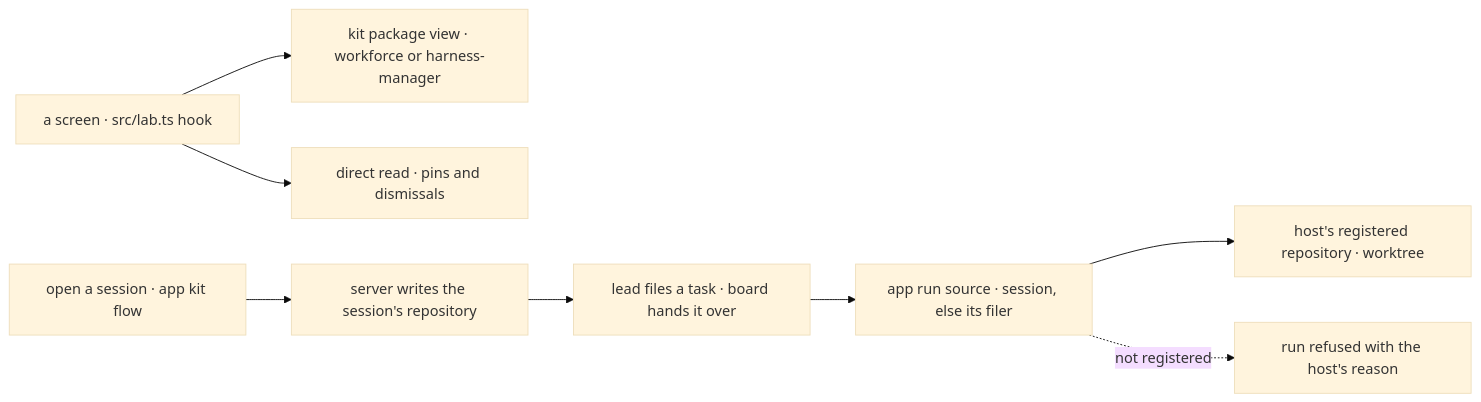
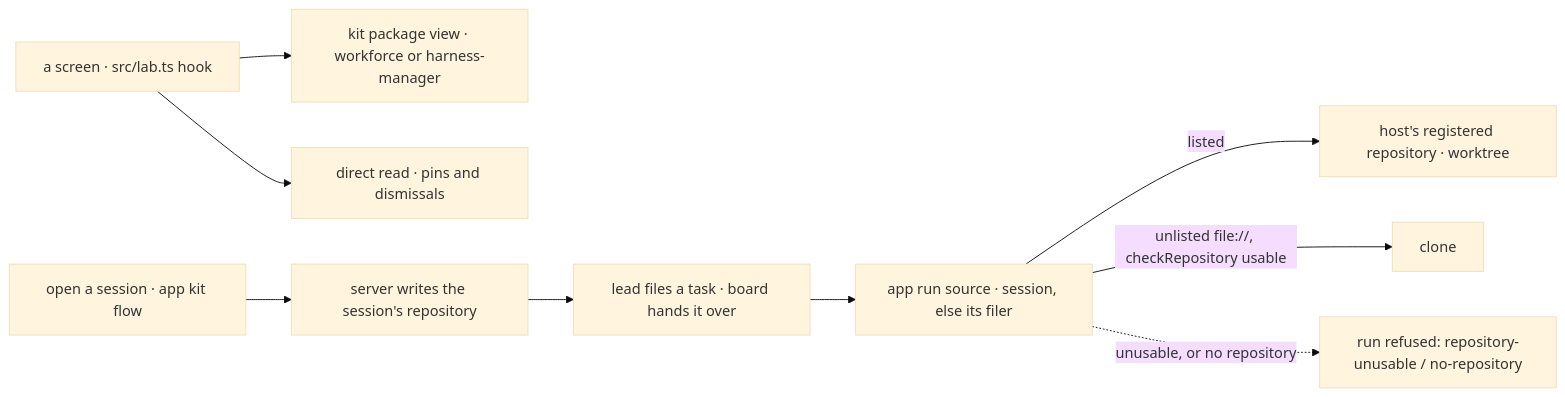
One commit to fixpoint-labs/flow-state-dev changed the second of 2 diagrams in specs/issues/FIX-2628/SPEC.md. Above: the diagram before and after it, drawn with Mermaid (base theme). The commit also changed other lines of this file and 1 other file, not shown here.

````diff
--- a/specs/issues/FIX-2628/SPEC.md
+++ b/specs/issues/FIX-2628/SPEC.md
@@ -88,10 +90,11 @@
 ```mermaid
 flowchart LR
   S["a screen · src/lab.ts hook"] --> V["kit package view · workforce or harness-manager"]
   S --> R["direct read · pins and dismissals"]
   O["open a session · app kit flow"] --> F["server writes the session's repository"]
   F --> T["lead files a task · board hands it over"]
   T --> Q["app run source · session, else its filer"]
-  Q --> L["host's registered repository · worktree"]
-  Q -.->|"not registered"| X["run refused with the host's reason"]
+  Q -->|"listed"| L["host's registered repository · worktree"]
+  Q -->|"unlisted file://, checkRepository usable"| C["clone"]
+  Q -.->|"unusable, or no repository"| X["run refused: repository-unusable / no-repository"]
 ```
````
